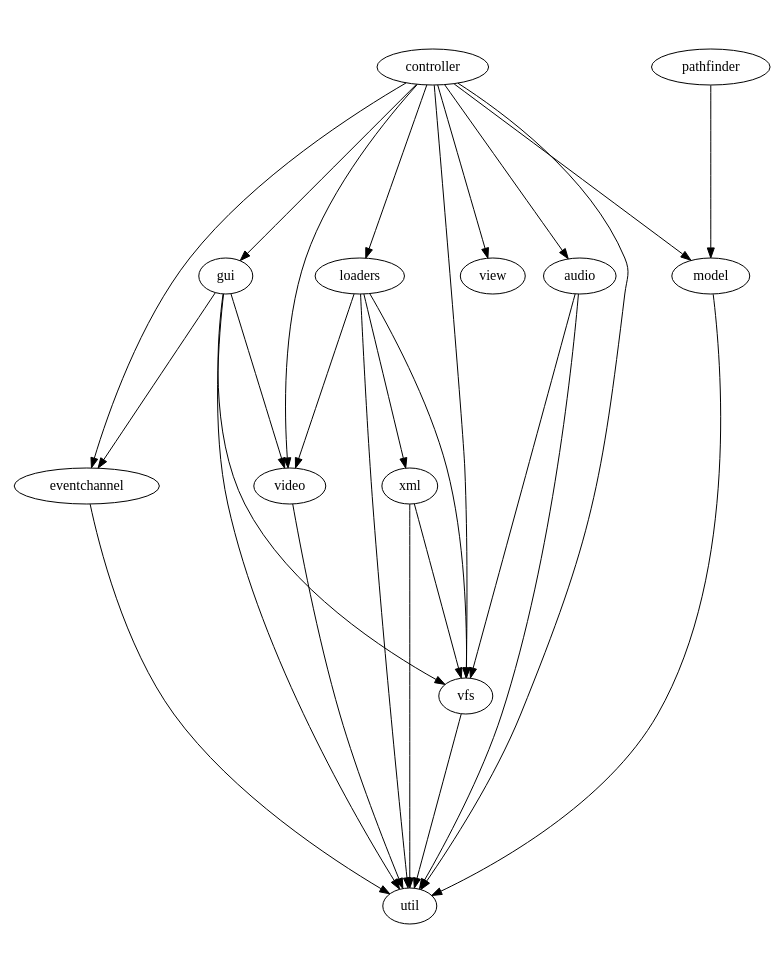
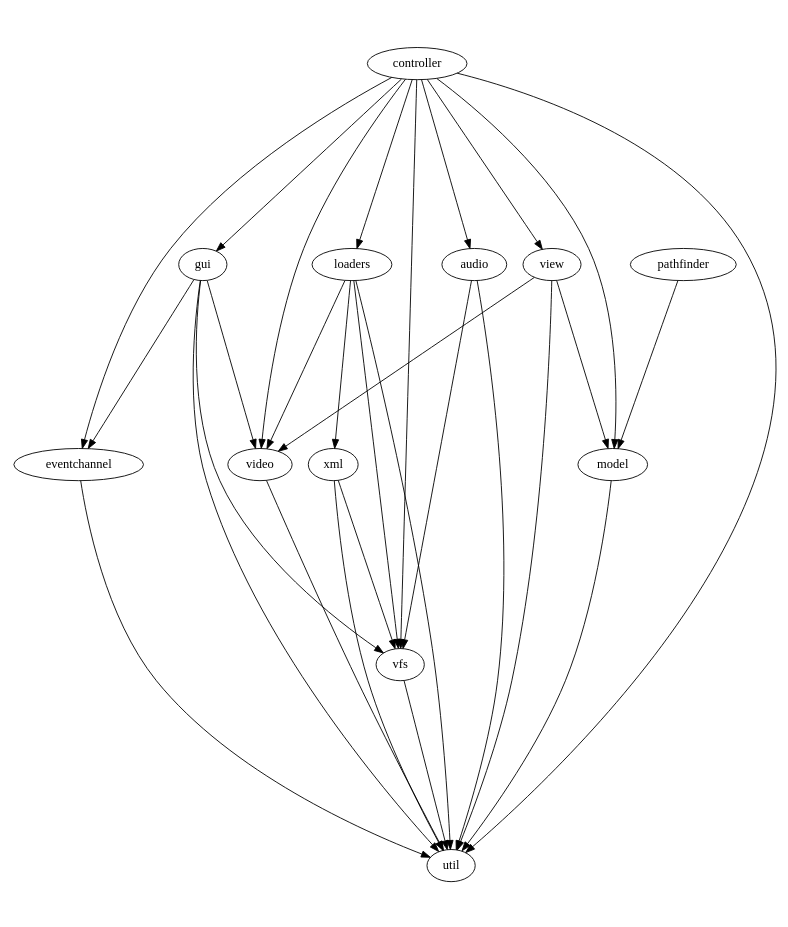
Before and after one commit to fifengine/fifengine: the diagram in doc/dependencies/moduledeps.dot, drawn with Graphviz. The commit also changed 58 other files, not shown here.

```diff
--- a/doc/dependencies/moduledeps.dot
+++ b/doc/dependencies/moduledeps.dot
@@ -1,34 +1,37 @@
 digraph "source tree" {
     overlap=scale;
     size="8,10";
     ratio="fill";
     fontsize="16";
     fontname="Helvetica";
     clusterrank="local";
     "audio" -> "util"
     "audio" -> "vfs"
     "controller" -> "audio"
     "controller" -> "eventchannel"
     "controller" -> "gui"
     "controller" -> "loaders"
     "controller" -> "model"
     "controller" -> "util"
     "controller" -> "vfs"
     "controller" -> "video"
     "controller" -> "view"
     "eventchannel" -> "util"
     "gui" -> "eventchannel"
     "gui" -> "util"
     "gui" -> "vfs"
     "gui" -> "video"
     "loaders" -> "util"
     "loaders" -> "vfs"
     "loaders" -> "video"
     "loaders" -> "xml"
     "model" -> "util"
     "pathfinder" -> "model"
     "vfs" -> "util"
     "video" -> "util"
+    "view" -> "model"
+    "view" -> "util"
+    "view" -> "video"
     "xml" -> "util"
     "xml" -> "vfs"
 }
```
